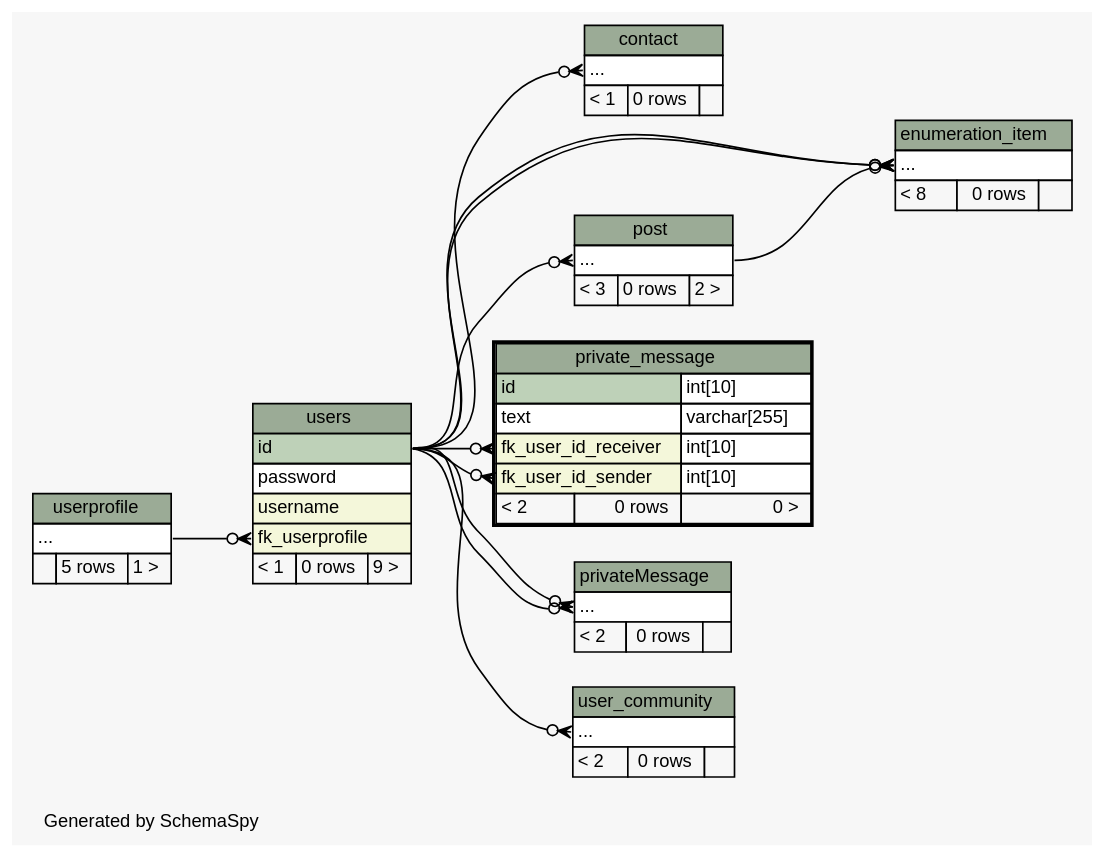
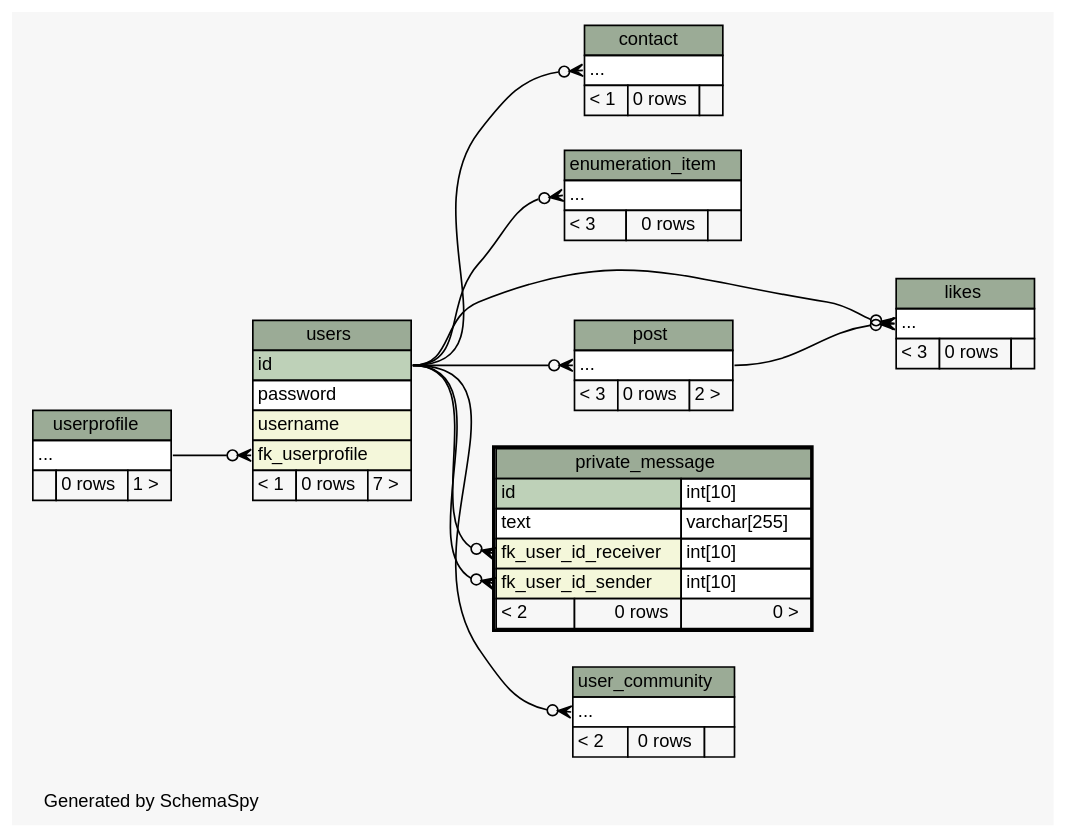
Before and after one commit to chr-krenn/chr-krenn-fhj-ws2017-sd17-pse: the diagram in doc/db_schema/diagrams/private_message.2degrees.dot, drawn with Graphviz. The commit also changed 65 other files, not shown here.

```diff
--- a/doc/db_schema/diagrams/private_message.2degrees.dot
+++ b/doc/db_schema/diagrams/private_message.2degrees.dot
@@ -1,119 +1,117 @@
 // dot 2.40.1 on Linux 4.12.5-300.fc26.x86_64
 // SchemaSpy rev 590
 digraph "twoDegreesRelationshipsDiagram" {
   graph [
     rankdir="RL"
     bgcolor="#f7f7f7"
     label="\nGenerated by SchemaSpy"
     labeljust="l"
     nodesep="0.18"
     ranksep="0.46"
     fontname="Helvetica"
     fontsize="11"
   ];
   node [
     fontname="Helvetica"
     fontsize="11"
     shape="plaintext"
   ];
   edge [
     arrowsize="0.8"
   ];
   "contact":"elipses":w -> "users":"id":e [arrowhead=none dir=back arrowtail=crowodot];
   "enumeration_item":"elipses":w -> "users":"id":e [arrowhead=none dir=back arrowtail=crowodot];
-  "enumeration_item":"elipses":w -> "post":"elipses":e [arrowhead=none dir=back arrowtail=crowodot];
-  "enumeration_item":"elipses":w -> "users":"id":e [arrowhead=none dir=back arrowtail=crowodot];
+  "likes":"elipses":w -> "post":"elipses":e [arrowhead=none dir=back arrowtail=crowodot];
+  "likes":"elipses":w -> "users":"id":e [arrowhead=none dir=back arrowtail=crowodot];
   "post":"elipses":w -> "users":"id":e [arrowhead=none dir=back arrowtail=crowodot];
   "private_message":"fk_user_id_receiver":w -> "users":"id":e [arrowhead=none dir=back arrowtail=crowodot];
   "private_message":"fk_user_id_sender":w -> "users":"id":e [arrowhead=none dir=back arrowtail=crowodot];
-  "privateMessage":"elipses":w -> "users":"id":e [arrowhead=none dir=back arrowtail=crowodot];
-  "privateMessage":"elipses":w -> "users":"id":e [arrowhead=none dir=back arrowtail=crowodot];
   "user_community":"elipses":w -> "users":"id":e [arrowhead=none dir=back arrowtail=crowodot];
   "users":"fk_userprofile":w -> "userprofile":"elipses":e [arrowhead=none dir=back arrowtail=crowodot];
   "contact" [
     label=<
     <TABLE BORDER="0" CELLBORDER="1" CELLSPACING="0" BGCOLOR="#ffffff">
       <TR><TD COLSPAN="3" BGCOLOR="#9bab96" ALIGN="CENTER">contact</TD></TR>
       <TR><TD PORT="elipses" COLSPAN="3" ALIGN="LEFT">...</TD></TR>
       <TR><TD ALIGN="LEFT" BGCOLOR="#f7f7f7">&lt; 1</TD><TD ALIGN="RIGHT" BGCOLOR="#f7f7f7">0 rows</TD><TD ALIGN="RIGHT" BGCOLOR="#f7f7f7">  </TD></TR>
     </TABLE>>
     URL="contact.html"
     tooltip="contact"
   ];
   "enumeration_item" [
     label=<
     <TABLE BORDER="0" CELLBORDER="1" CELLSPACING="0" BGCOLOR="#ffffff">
       <TR><TD COLSPAN="3" BGCOLOR="#9bab96" ALIGN="CENTER">enumeration_item</TD></TR>
       <TR><TD PORT="elipses" COLSPAN="3" ALIGN="LEFT">...</TD></TR>
-      <TR><TD ALIGN="LEFT" BGCOLOR="#f7f7f7">&lt; 8</TD><TD ALIGN="RIGHT" BGCOLOR="#f7f7f7">0 rows</TD><TD ALIGN="RIGHT" BGCOLOR="#f7f7f7">  </TD></TR>
+      <TR><TD ALIGN="LEFT" BGCOLOR="#f7f7f7">&lt; 3</TD><TD ALIGN="RIGHT" BGCOLOR="#f7f7f7">0 rows</TD><TD ALIGN="RIGHT" BGCOLOR="#f7f7f7">  </TD></TR>
     </TABLE>>
     URL="enumeration_item.html"
     tooltip="enumeration_item"
+  ];
+  "likes" [
+    label=<
+    <TABLE BORDER="0" CELLBORDER="1" CELLSPACING="0" BGCOLOR="#ffffff">
+      <TR><TD COLSPAN="3" BGCOLOR="#9bab96" ALIGN="CENTER">likes</TD></TR>
+      <TR><TD PORT="elipses" COLSPAN="3" ALIGN="LEFT">...</TD></TR>
+      <TR><TD ALIGN="LEFT" BGCOLOR="#f7f7f7">&lt; 3</TD><TD ALIGN="RIGHT" BGCOLOR="#f7f7f7">0 rows</TD><TD ALIGN="RIGHT" BGCOLOR="#f7f7f7">  </TD></TR>
+    </TABLE>>
+    URL="likes.html"
+    tooltip="likes"
   ];
   "post" [
     label=<
     <TABLE BORDER="0" CELLBORDER="1" CELLSPACING="0" BGCOLOR="#ffffff">
       <TR><TD COLSPAN="3" BGCOLOR="#9bab96" ALIGN="CENTER">post</TD></TR>
       <TR><TD PORT="elipses" COLSPAN="3" ALIGN="LEFT">...</TD></TR>
       <TR><TD ALIGN="LEFT" BGCOLOR="#f7f7f7">&lt; 3</TD><TD ALIGN="RIGHT" BGCOLOR="#f7f7f7">0 rows</TD><TD ALIGN="RIGHT" BGCOLOR="#f7f7f7">2 &gt;</TD></TR>
     </TABLE>>
     URL="post.html"
     tooltip="post"
   ];
   "private_message" [
     label=<
     <TABLE BORDER="2" CELLBORDER="1" CELLSPACING="0" BGCOLOR="#ffffff">
       <TR><TD COLSPAN="3" BGCOLOR="#9bab96" ALIGN="CENTER">private_message</TD></TR>
       <TR><TD PORT="id" COLSPAN="2" BGCOLOR="#bed1b8" ALIGN="LEFT">id</TD><TD PORT="id.type" ALIGN="LEFT">int[10]</TD></TR>
       <TR><TD PORT="text" COLSPAN="2" ALIGN="LEFT">text</TD><TD PORT="text.type" ALIGN="LEFT">varchar[255]</TD></TR>
       <TR><TD PORT="fk_user_id_receiver" COLSPAN="2" BGCOLOR="#f4f7da" ALIGN="LEFT">fk_user_id_receiver</TD><TD PORT="fk_user_id_receiver.type" ALIGN="LEFT">int[10]</TD></TR>
       <TR><TD PORT="fk_user_id_sender" COLSPAN="2" BGCOLOR="#f4f7da" ALIGN="LEFT">fk_user_id_sender</TD><TD PORT="fk_user_id_sender.type" ALIGN="LEFT">int[10]</TD></TR>
       <TR><TD ALIGN="LEFT" BGCOLOR="#f7f7f7">&lt; 2</TD><TD ALIGN="RIGHT" BGCOLOR="#f7f7f7">0 rows</TD><TD ALIGN="RIGHT" BGCOLOR="#f7f7f7">0 &gt;</TD></TR>
     </TABLE>>
     URL="private_message.html"
     tooltip="private_message"
   ];
-  "privateMessage" [
-    label=<
-    <TABLE BORDER="0" CELLBORDER="1" CELLSPACING="0" BGCOLOR="#ffffff">
-      <TR><TD COLSPAN="3" BGCOLOR="#9bab96" ALIGN="CENTER">privateMessage</TD></TR>
-      <TR><TD PORT="elipses" COLSPAN="3" ALIGN="LEFT">...</TD></TR>
-      <TR><TD ALIGN="LEFT" BGCOLOR="#f7f7f7">&lt; 2</TD><TD ALIGN="RIGHT" BGCOLOR="#f7f7f7">0 rows</TD><TD ALIGN="RIGHT" BGCOLOR="#f7f7f7">  </TD></TR>
-    </TABLE>>
-    URL="privateMessage.html"
-    tooltip="privateMessage"
-  ];
   "user_community" [
     label=<
     <TABLE BORDER="0" CELLBORDER="1" CELLSPACING="0" BGCOLOR="#ffffff">
       <TR><TD COLSPAN="3" BGCOLOR="#9bab96" ALIGN="CENTER">user_community</TD></TR>
       <TR><TD PORT="elipses" COLSPAN="3" ALIGN="LEFT">...</TD></TR>
       <TR><TD ALIGN="LEFT" BGCOLOR="#f7f7f7">&lt; 2</TD><TD ALIGN="RIGHT" BGCOLOR="#f7f7f7">0 rows</TD><TD ALIGN="RIGHT" BGCOLOR="#f7f7f7">  </TD></TR>
     </TABLE>>
     URL="user_community.html"
     tooltip="user_community"
   ];
   "userprofile" [
     label=<
     <TABLE BORDER="0" CELLBORDER="1" CELLSPACING="0" BGCOLOR="#ffffff">
       <TR><TD COLSPAN="3" BGCOLOR="#9bab96" ALIGN="CENTER">userprofile</TD></TR>
       <TR><TD PORT="elipses" COLSPAN="3" ALIGN="LEFT">...</TD></TR>
-      <TR><TD ALIGN="LEFT" BGCOLOR="#f7f7f7">  </TD><TD ALIGN="RIGHT" BGCOLOR="#f7f7f7">5 rows</TD><TD ALIGN="RIGHT" BGCOLOR="#f7f7f7">1 &gt;</TD></TR>
+      <TR><TD ALIGN="LEFT" BGCOLOR="#f7f7f7">  </TD><TD ALIGN="RIGHT" BGCOLOR="#f7f7f7">0 rows</TD><TD ALIGN="RIGHT" BGCOLOR="#f7f7f7">1 &gt;</TD></TR>
     </TABLE>>
     URL="userprofile.html"
     tooltip="userprofile"
   ];
   "users" [
     label=<
     <TABLE BORDER="0" CELLBORDER="1" CELLSPACING="0" BGCOLOR="#ffffff">
       <TR><TD COLSPAN="3" BGCOLOR="#9bab96" ALIGN="CENTER">users</TD></TR>
       <TR><TD PORT="id" COLSPAN="3" BGCOLOR="#bed1b8" ALIGN="LEFT">id</TD></TR>
       <TR><TD PORT="password" COLSPAN="3" ALIGN="LEFT">password</TD></TR>
       <TR><TD PORT="username" COLSPAN="3" BGCOLOR="#f4f7da" ALIGN="LEFT">username</TD></TR>
       <TR><TD PORT="fk_userprofile" COLSPAN="3" BGCOLOR="#f4f7da" ALIGN="LEFT">fk_userprofile</TD></TR>
-      <TR><TD ALIGN="LEFT" BGCOLOR="#f7f7f7">&lt; 1</TD><TD ALIGN="RIGHT" BGCOLOR="#f7f7f7">0 rows</TD><TD ALIGN="RIGHT" BGCOLOR="#f7f7f7">9 &gt;</TD></TR>
+      <TR><TD ALIGN="LEFT" BGCOLOR="#f7f7f7">&lt; 1</TD><TD ALIGN="RIGHT" BGCOLOR="#f7f7f7">0 rows</TD><TD ALIGN="RIGHT" BGCOLOR="#f7f7f7">7 &gt;</TD></TR>
     </TABLE>>
     URL="users.html"
     tooltip="users"
   ];
 }
```
